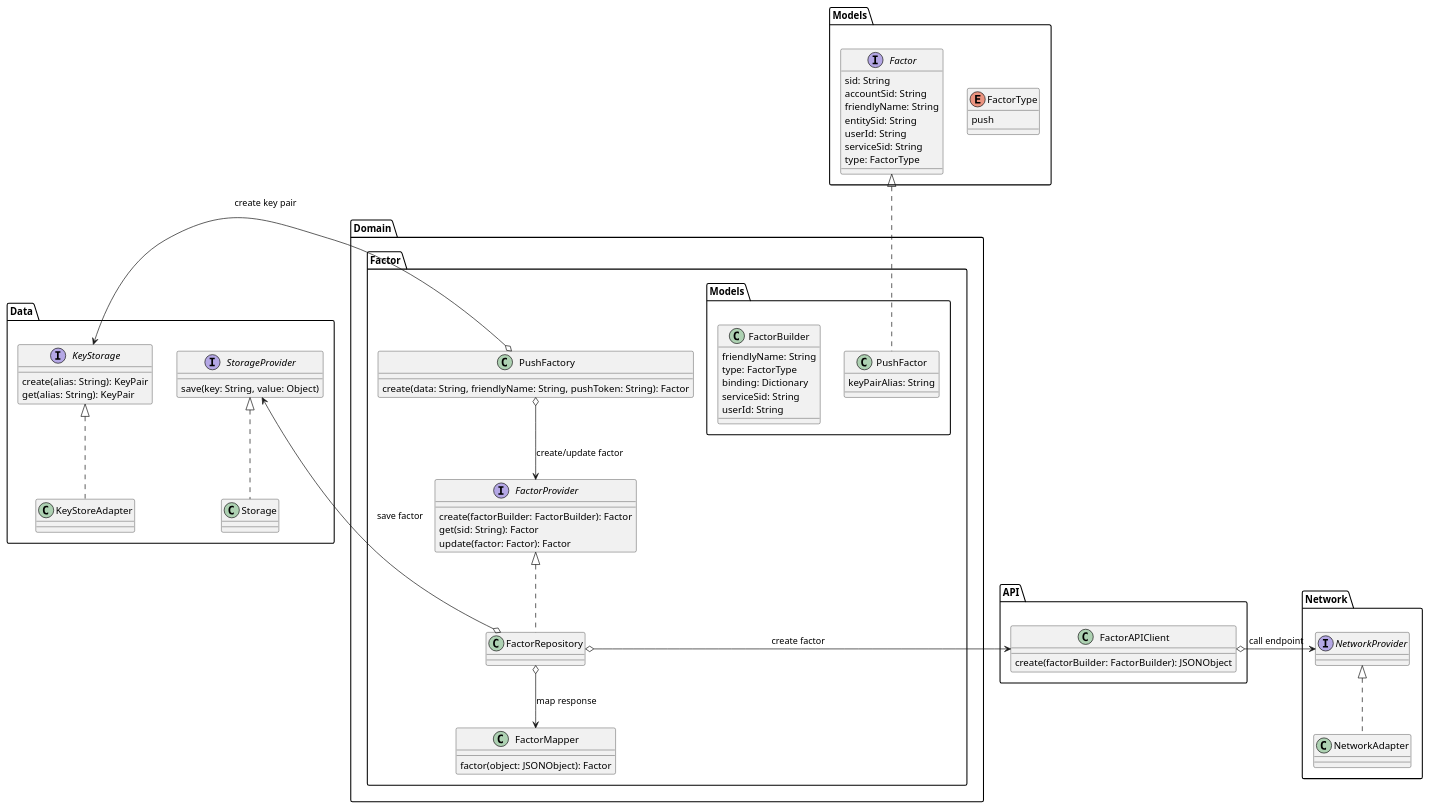
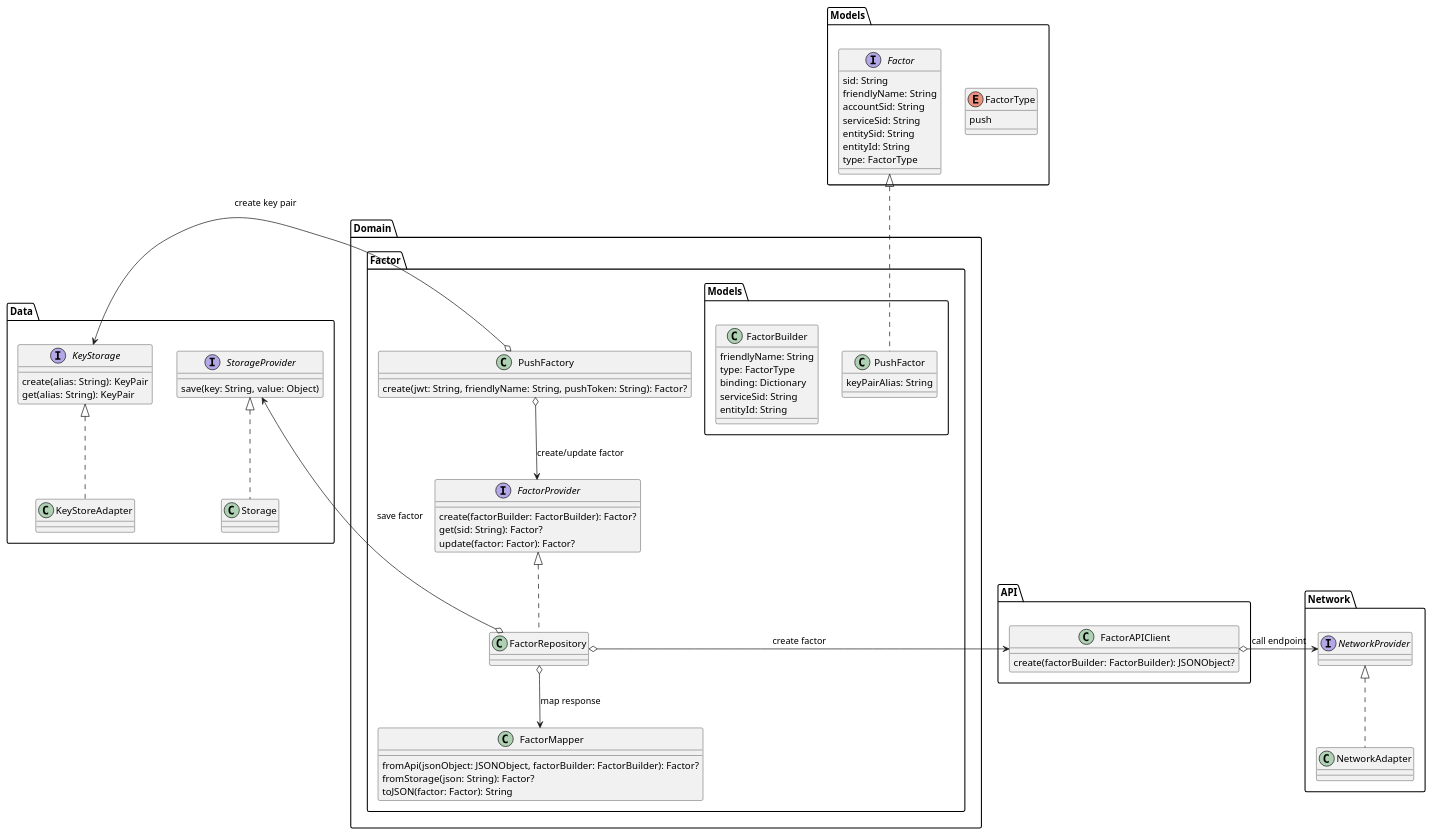
One commit to twilio/twilio-verify-android changed the diagram in diagrams/CreatePushFactor/CreatePushFactor.wsd. Above: the diagram before and after it, drawn with PlantUML. The commit also changed 10 other files, not shown here.

First line of the commit message:
ACCSEC-16418 Create factor mapper (#7)

```diff
--- a/diagrams/CreatePushFactor/CreatePushFactor.wsd
+++ b/diagrams/CreatePushFactor/CreatePushFactor.wsd
@@ -1,63 +1,65 @@
 @startuml Create push factor
 enum Models.FactorType {
     push
 }
 interface Models.Factor {
     sid: String
+    friendlyName: String
     accountSid: String
-    friendlyName: String
+    serviceSid: String
     entitySid: String
-    userId: String
-    serviceSid: String
+    entityId: String
     type: FactorType
 }
 class Domain.Factor.Models.PushFactor implements Models.Factor {
     keyPairAlias: String
 }
 class Domain.Factor.Models.FactorBuilder {
     friendlyName: String
     type: FactorType
     binding: Dictionary
     serviceSid: String
-    userId: String
+    entityId: String
 }
 class Domain.Factor.FactorMapper {
-    factor(object: JSONObject): Factor
+    fromApi(jsonObject: JSONObject, factorBuilder: FactorBuilder): Factor?
+    fromStorage(json: String): Factor?
+    toJSON(factor: Factor): String
 }
 class API.FactorAPIClient {
-    create(factorBuilder: FactorBuilder): JSONObject
+    create(factorBuilder: FactorBuilder): JSONObject?
 }
 class Network.NetworkAdapter implements Network.NetworkProvider {
 
 }
 interface Data.StorageProvider {
     save(key: String, value: Object)
 }
 class Data.Storage implements Data.StorageProvider {
 
 }
 interface Data.KeyStorage {
     create(alias: String): KeyPair
     get(alias: String): KeyPair
 }
 class Data.KeyStoreAdapter implements Data.KeyStorage {
 
 }
 interface Domain.Factor.FactorProvider {
-    create(factorBuilder: FactorBuilder): Factor
-    get(sid: String): Factor
-    update(factor: Factor): Factor
+    create(factorBuilder: FactorBuilder): Factor?
+    get(sid: String): Factor?
+    update(factor: Factor): Factor?
 }
 class Domain.Factor.FactorRepository implements Domain.Factor.FactorProvider {
 
 }
 class Domain.Factor.PushFactory {
-    create(data: String, friendlyName: String, pushToken: String): Factor
+    create(jwt: String, friendlyName: String, pushToken: String): Factor?
 }
 Domain.Factor.PushFactory o-left-> Data.KeyStorage: create key pair
 Domain.Factor.PushFactory o--> Domain.Factor.FactorProvider: create/update factor
 Domain.Factor.FactorRepository o-left-> Data.StorageProvider: save factor
 Domain.Factor.FactorRepository o-right-> API.FactorAPIClient: create factor
 Domain.Factor.FactorRepository o--> Domain.Factor.FactorMapper: map response
 API.FactorAPIClient o-right-> Network.NetworkProvider: call endpoint
 @enduml
```
